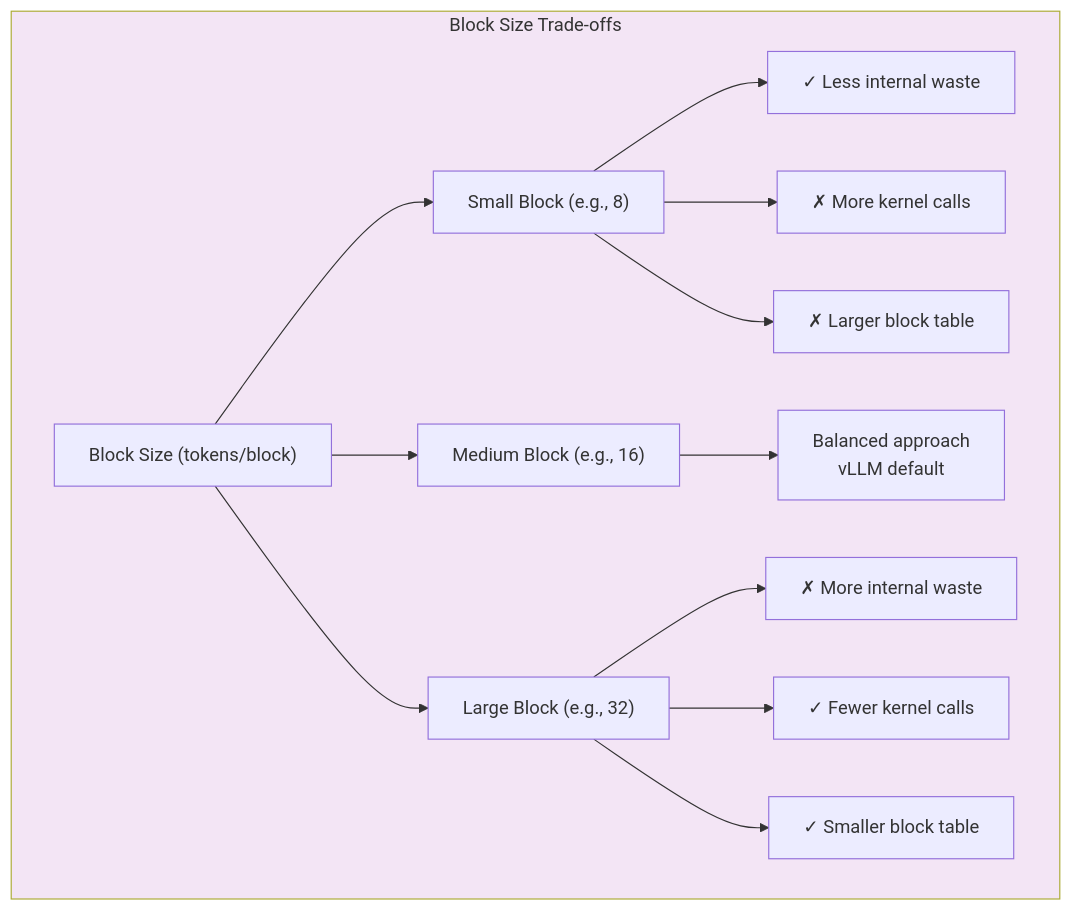
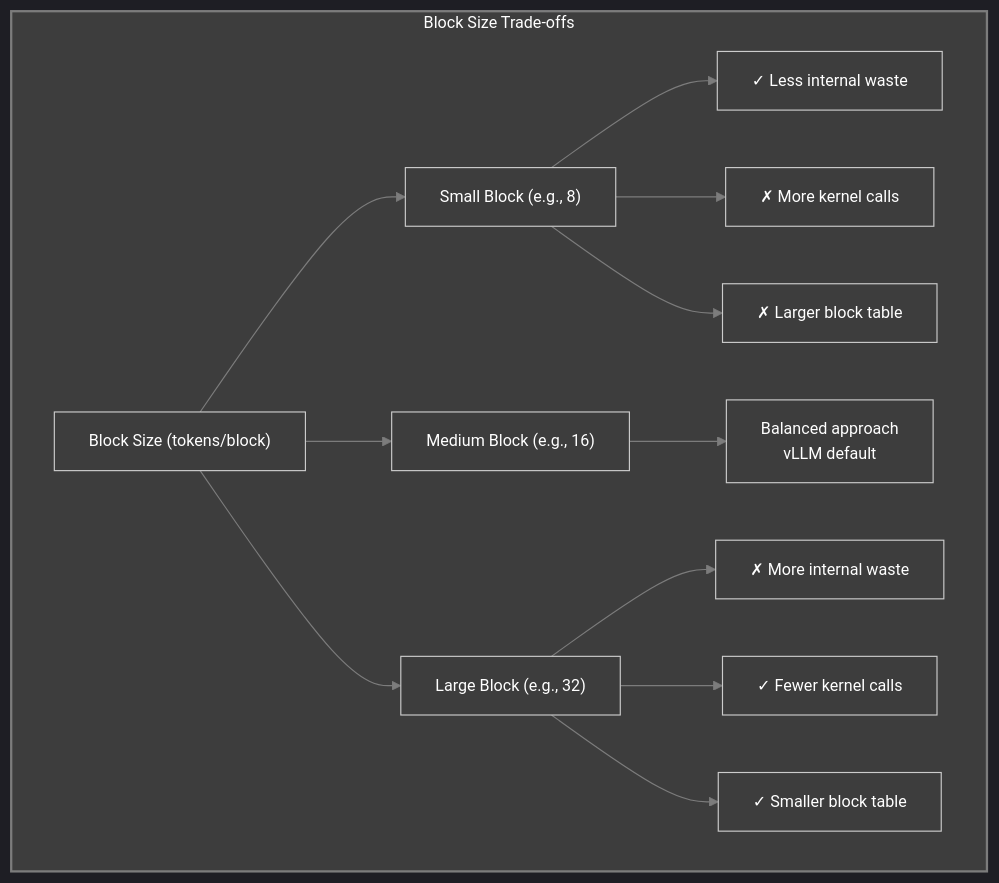
Before and after one commit to Shahriarin2garden/vllm_from_scratch: the tenth of 14 diagrams in lab0.1/lab 0.111.md, drawn with Mermaid. The commit also changed other lines of this file and 2 other files, not shown here.

````diff
--- a/lab0.1/lab 0.111.md
+++ b/lab0.1/lab 0.111.md
@@ -829,21 +949,22 @@
 ```mermaid
+%%{init: {'theme':'dark', 'themeVariables': { 'primaryColor':'#3d3d3d','primaryTextColor':'#fff','primaryBorderColor':'#7c7c7c','lineColor':'#7c7c7c','secondaryColor':'#4a4a4a','tertiaryColor':'#3d3d3d','background':'#2d2d2d','mainBkg':'#3d3d3d','secondBkg':'#4a4a4a','textColor':'#fff','fontSize':'14px'}}}%%
 graph TD
     subgraph Block_Size_Impact ["Block Size Trade-offs"]
         direction LR
         BS["Block Size (tokens/block)"] --> Small["Small Block (e.g., 8)"]
         BS --> Medium["Medium Block (e.g., 16)"]
         BS --> Large["Large Block (e.g., 32)"]
 
         Small --> S1["✓ Less internal waste"]
         Small --> S2["✗ More kernel calls"]
         Small --> S3["✗ Larger block table"]
 
         Medium --> M1["Balanced approach<br/>vLLM default"]
 
         Large --> L1["✗ More internal waste"]
         Large --> L2["✓ Fewer kernel calls"]
         Large --> L3["✓ Smaller block table"]
     end
 
-    style Block_Size_Impact fill:#f3e5f5
+    style Block_Size_Impact fill:#3d3d3d,stroke:#7c7c7c,stroke-width:2px,color:#fff
 ```
````
